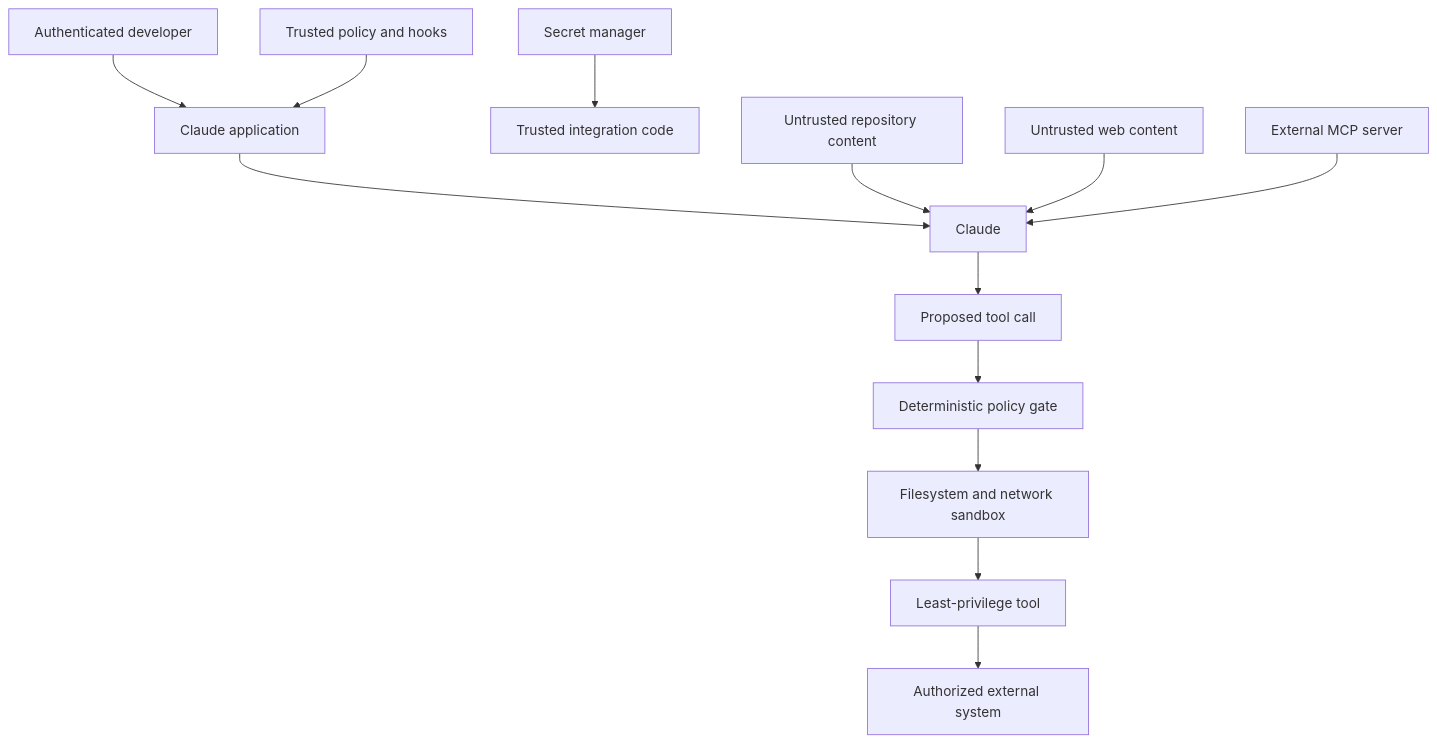
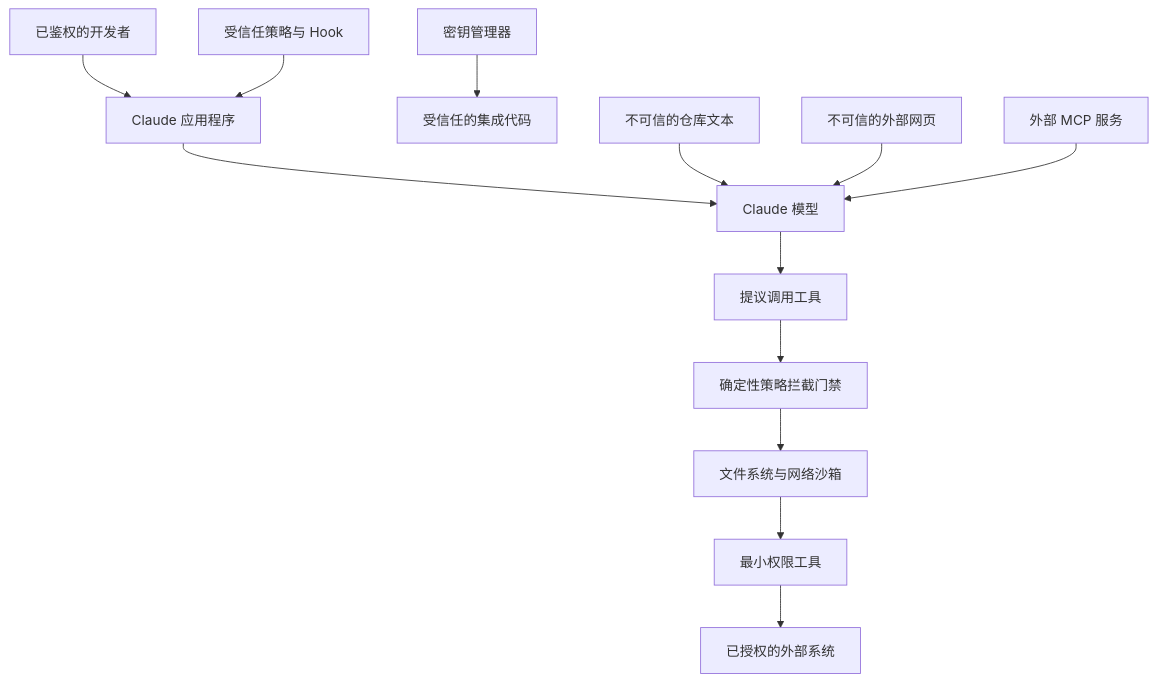
The diagram in certifications/claude/lessons/13-application-security-and-secrets/docs/en.md (cluster1900/ai-engineering-from-scratch-zh), drawn with Mermaid before and after one commit. The commit also changed other lines of this file and 187 other files, not shown here.

````diff
--- a/certifications/claude/lessons/13-application-security-and-secrets/docs/en.md
+++ b/certifications/claude/lessons/13-application-security-and-secrets/docs/en.md
@@ -37,15 +39,15 @@
 ```mermaid
 flowchart TB
-    Developer[Authenticated developer] --> App[Claude application]
-    Policy[Trusted policy and hooks] --> App
-    Secrets[Secret manager] --> TrustedCode[Trusted integration code]
-    App --> Claude[Claude]
-    Repo[Untrusted repository content] --> Claude
-    Web[Untrusted web content] --> Claude
-    MCP[External MCP server] --> Claude
-    Claude --> Proposal[Proposed tool call]
-    Proposal --> Gate[Deterministic policy gate]
-    Gate --> Sandbox[Filesystem and network sandbox]
-    Sandbox --> Tool[Least-privilege tool]
-    Tool --> External[Authorized external system]
+    Developer[已鉴权的开发者] --> App[Claude 应用程序]
+    Policy[受信任策略与 Hook] --> App
+    Secrets[密钥管理器] --> TrustedCode[受信任的集成代码]
+    App --> Claude[Claude 模型]
+    Repo[不可信的仓库文本] --> Claude
+    Web[不可信的外部网页] --> Claude
+    MCP[外部 MCP 服务] --> Claude
+    Claude --> Proposal[提议调用工具]
+    Proposal --> Gate[确定性策略拦截门禁]
+    Gate --> Sandbox[文件系统与网络沙箱]
+    Sandbox --> Tool[最小权限工具]
+    Tool --> External[已授权的外部系统]
 ```
````
